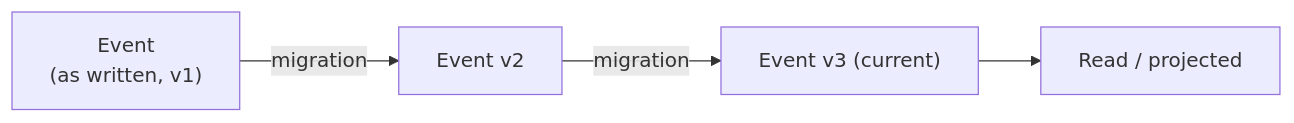
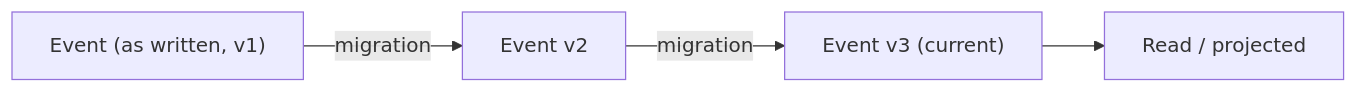
Before and after one commit to Cratis/Chronicle: the diagram in Documentation/migrations/index.md, drawn with Mermaid. The commit also changed 43 other files, not shown here.

````diff
--- a/Documentation/migrations/index.md
+++ b/Documentation/migrations/index.md
@@ -5,6 +5,6 @@
 ```mermaid
 flowchart LR
-    V1["Event<br/>(as written, v1)"] -->|migration| V2["Event v2"]
+    V1["Event (as written, v1)"] -->|migration| V2["Event v2"]
     V2 -->|migration| V3["Event v3 (current)"]
     V3 --> P[Read / projected]
 ```
````
